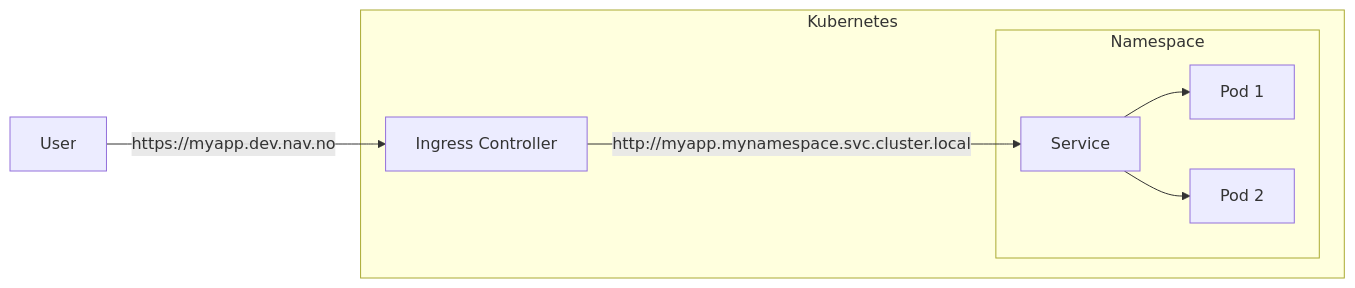
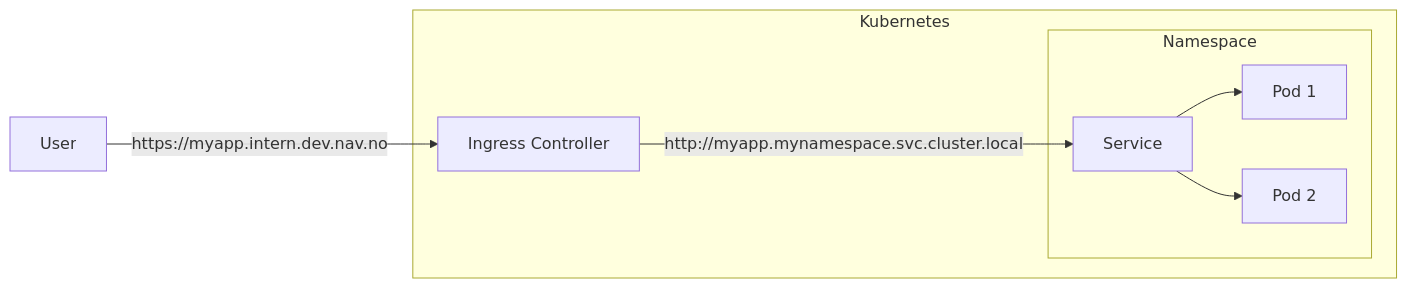
One commit to nais/doc changed the diagram in docs/nais-application/ingress.md. Above: the diagram before and after it, drawn with Mermaid. The commit also changed 5 other files, not shown here.

````diff
--- a/docs/nais-application/ingress.md
+++ b/docs/nais-application/ingress.md
@@ -7,27 +7,27 @@
 ```mermaid
 graph LR
   accTitle: Access to application via ingress
   accDescr {
     The sequence diagram shows the following steps:
-    1. the user accessing https://myapp.dev.nav.no
+    1. the user accessing https://myapp.intern.dev.nav.no
     2. The app sends a request to the ingress controller, within the Kubernetes container. http://myapp.mynamespace.svc.cluster.local
     3. The request is sent to another container, the namespace, which contains a service.
     4. The service within the Namespace container can send the request to Pod 1 or Pod 2
   }
   user[User]
-  user -->|https://myapp.dev.nav.no| ingresscontroller
+  user -->|https://myapp.intern.dev.nav.no| ingresscontroller
   subgraph Kubernetes
     ingresscontroller[Ingress Controller]
 
     subgraph Namespace
       pod1[Pod 1]
       pod2[Pod 2]
       svc[Service]
 
       svc-->pod1
       svc-->pod2
     end
 
     ingresscontroller-->|http://myapp.mynamespace.svc.cluster.local| svc
   end
 ```
````
